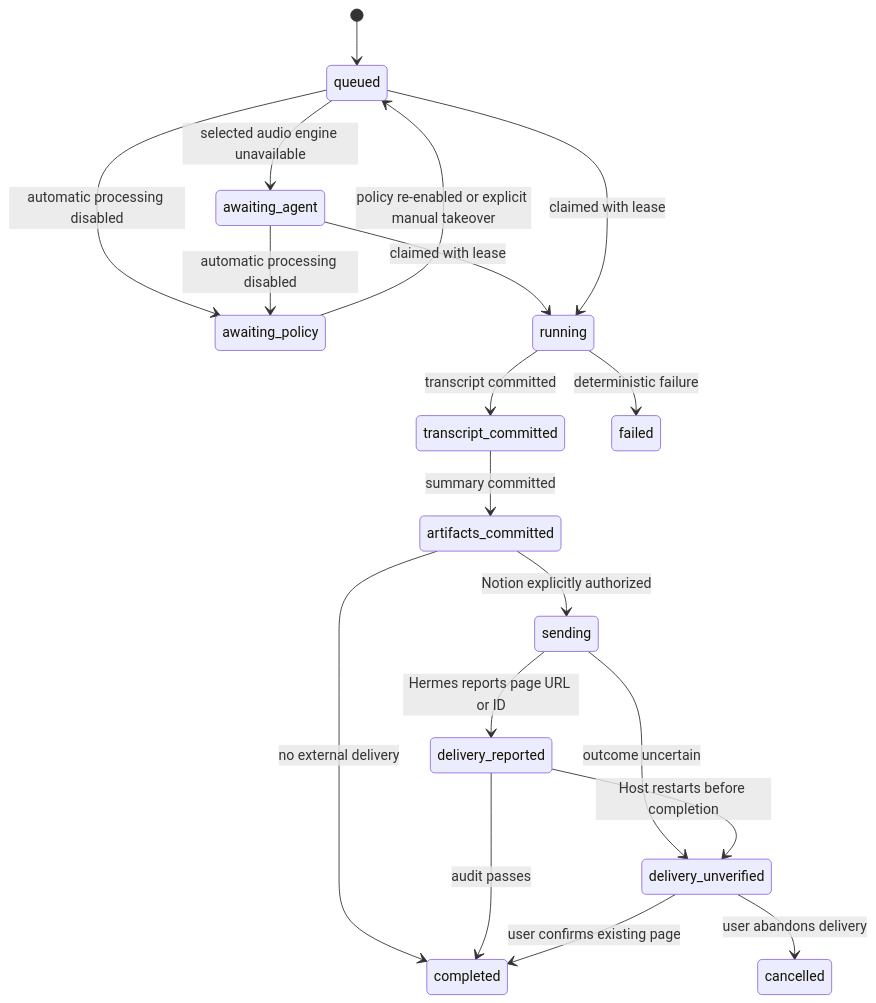
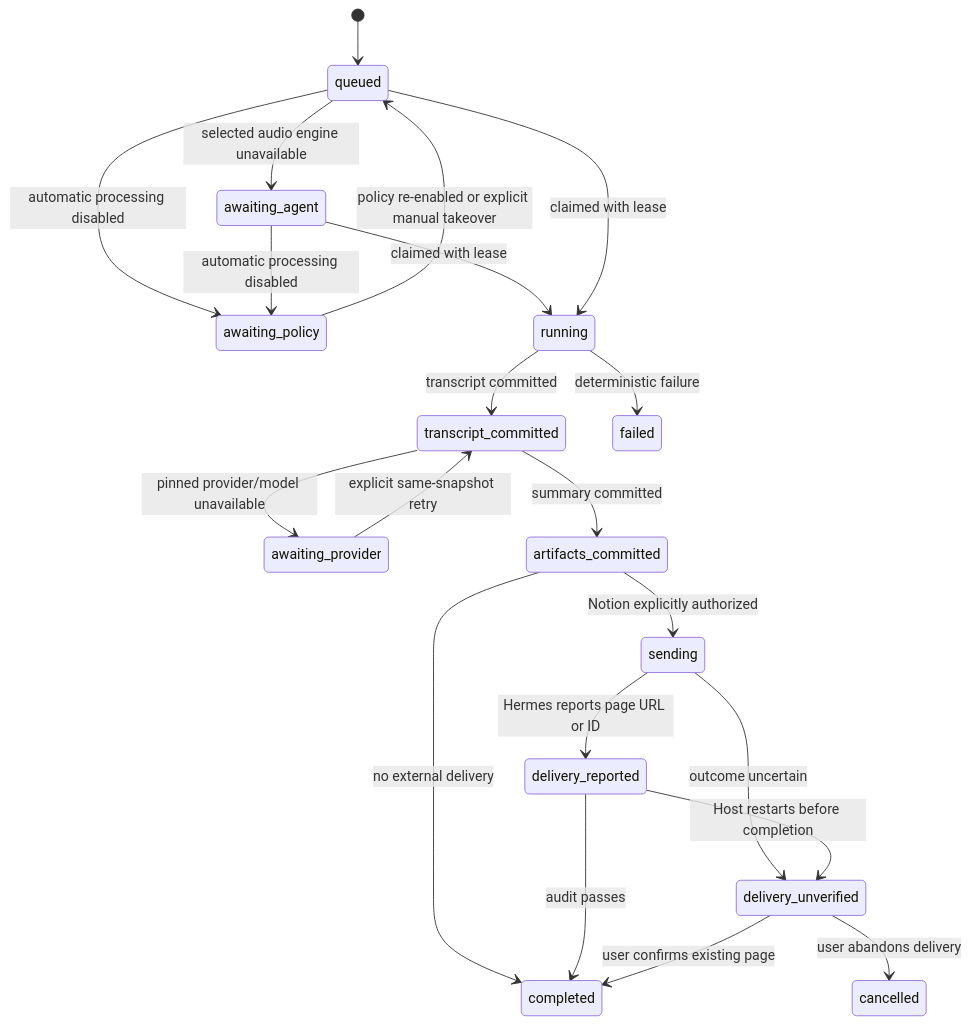
The second of 2 diagrams in docs/ARCHITECTURE.md (Nowhitestar/Yulu), drawn with Mermaid before and after one commit. The commit also changed other lines of this file and 6 other files, not shown here.

Commit message:
docs(10-01): align provider snapshot contract

````diff
--- a/docs/ARCHITECTURE.md
+++ b/docs/ARCHITECTURE.md
@@ -118,21 +120,23 @@
 ```mermaid
 stateDiagram-v2
     [*] --> queued
     queued --> awaiting_policy: automatic processing disabled
     awaiting_agent --> awaiting_policy: automatic processing disabled
     awaiting_policy --> queued: policy re-enabled or explicit manual takeover
     queued --> awaiting_agent: selected audio engine unavailable
     awaiting_agent --> running: claimed with lease
     queued --> running: claimed with lease
     running --> transcript_committed: transcript committed
+    transcript_committed --> awaiting_provider: pinned provider/model unavailable
+    awaiting_provider --> transcript_committed: explicit same-snapshot retry
     transcript_committed --> artifacts_committed: summary committed
     artifacts_committed --> completed: no external delivery
     artifacts_committed --> sending: Notion explicitly authorized
     sending --> delivery_reported: Hermes reports page URL or ID
     delivery_reported --> completed: audit passes
     running --> failed: deterministic failure
     sending --> delivery_unverified: outcome uncertain
     delivery_reported --> delivery_unverified: Host restarts before completion
     delivery_unverified --> completed: user confirms existing page
     delivery_unverified --> cancelled: user abandons delivery
 ```
````
